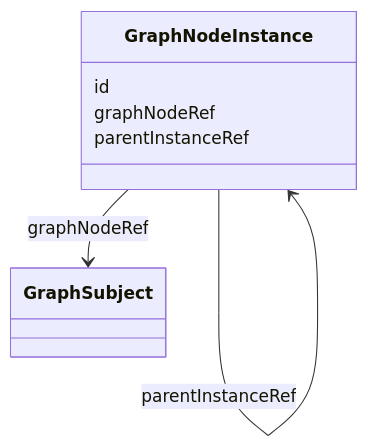
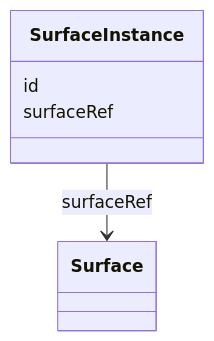
The third of 5 diagrams in specs/ed/surface/index.md (Bang2985/spec-ujg), drawn with Mermaid before and after one commit. The commit also changed other lines of this file and 94 other files, not shown here.

````diff
--- a/specs/ed/surface/index.md
+++ b/specs/ed/surface/index.md
@@ -147,11 +118,9 @@
 ```mermaid
 classDiagram
-  class GraphSubject
-  class GraphNodeInstance {
+  class Surface
+  class SurfaceInstance {
     id
-    graphNodeRef
-    parentInstanceRef
+    surfaceRef
   }
-  GraphNodeInstance --> GraphSubject : graphNodeRef
-  GraphNodeInstance --> GraphNodeInstance : parentInstanceRef
+  SurfaceInstance --> Surface : surfaceRef
 ```
````
